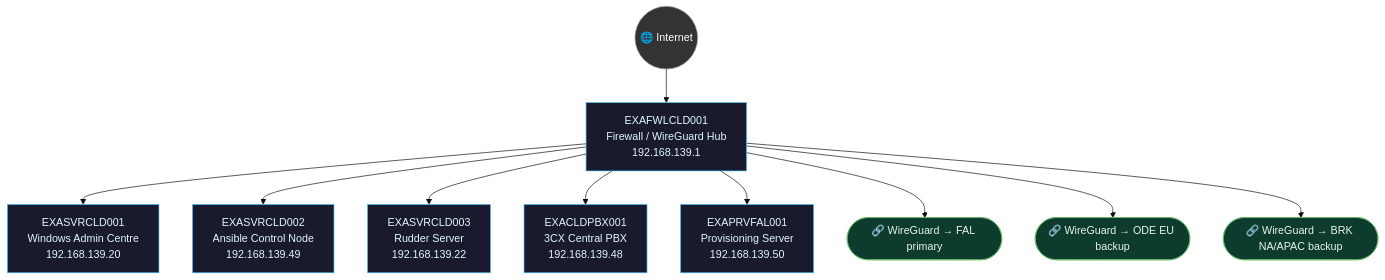
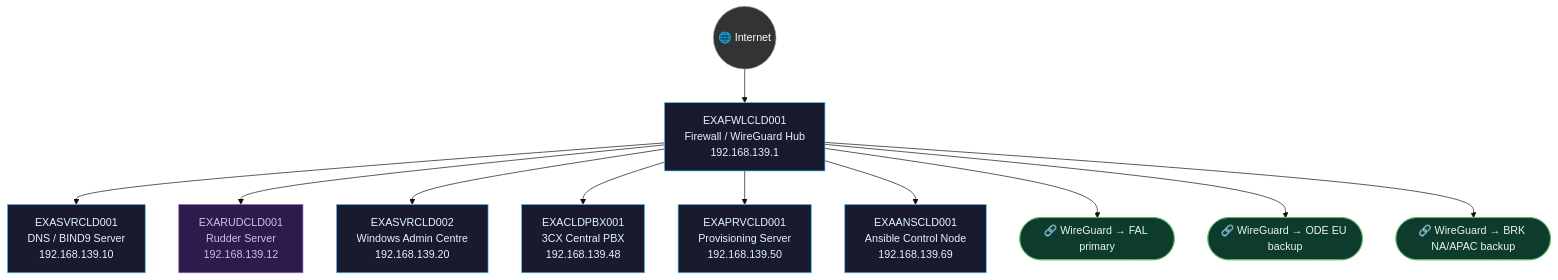
Before and after one commit to knightmare2600/example_music_infra: the first of 42 diagrams in docs/network-diagram.md, drawn with Mermaid (base theme). The commit also changed other lines of this file, not shown here.

````diff
--- a/docs/network-diagram.md
+++ b/docs/network-diagram.md
@@ -91,31 +91,35 @@
 ```mermaid
 graph TD
     INET(("🌐 Internet"))
     FWLCLD["EXAFWLCLD001\nFirewall / WireGuard Hub\n192.168.139.1"]
-    SVRCLD1["EXASVRCLD001\nWindows Admin Centre\n192.168.139.20"]
-    SVRCLD2["EXASVRCLD002\nAnsible Control Node\n192.168.139.49"]
-    SVRCLD3["EXASVRCLD003\nRudder Server\n192.168.139.22"]
+    DNS["EXASVRCLD001\nDNS / BIND9 Server\n192.168.139.10"]
+    RUD["EXARUDCLD001\nRudder Server\n192.168.139.12"]
+    WAC["EXASVRCLD002\nWindows Admin Centre\n192.168.139.20"]
     PBX["EXACLDPBX001\n3CX Central PBX\n192.168.139.48"]
-    PRV["EXAPRVFAL001\nProvisioning Server\n192.168.139.50"]
+    PRV["EXAPRVCLD001\nProvisioning Server\n192.168.139.50"]
+    ANS["EXAANSCLD001\nAnsible Control Node\n192.168.139.69"]
 
     VPN_FAL(["🔗 WireGuard → FAL primary"])
     VPN_ODE(["🔗 WireGuard → ODE EU backup"])
     VPN_BRK(["🔗 WireGuard → BRK NA/APAC backup"])
 
     INET --> FWLCLD
-    FWLCLD --> SVRCLD1
-    FWLCLD --> SVRCLD2
-    FWLCLD --> SVRCLD3
+    FWLCLD --> DNS
+    FWLCLD --> RUD
+    FWLCLD --> WAC
     FWLCLD --> PBX
     FWLCLD --> PRV
+    FWLCLD --> ANS
     FWLCLD --> VPN_FAL
     FWLCLD --> VPN_ODE
     FWLCLD --> VPN_BRK
 
     classDef server fill:#1a1a2e,stroke:#4fc3f7,color:#e0f7fa
+    classDef rudder fill:#2d1b4e,stroke:#a569bd,color:#d7bde2
     classDef vpn fill:#0d3b2e,stroke:#66bb6a,color:#e8f5e9
     classDef inet fill:#333,stroke:#aaa,color:#fff
-    class FWLCLD,SVRCLD1,SVRCLD2,SVRCLD3,PBX,PRV server
+    class FWLCLD,DNS,WAC,PBX,PRV,ANS server
+    class RUD rudder
     class VPN_FAL,VPN_ODE,VPN_BRK vpn
     class INET inet
 ```
````
